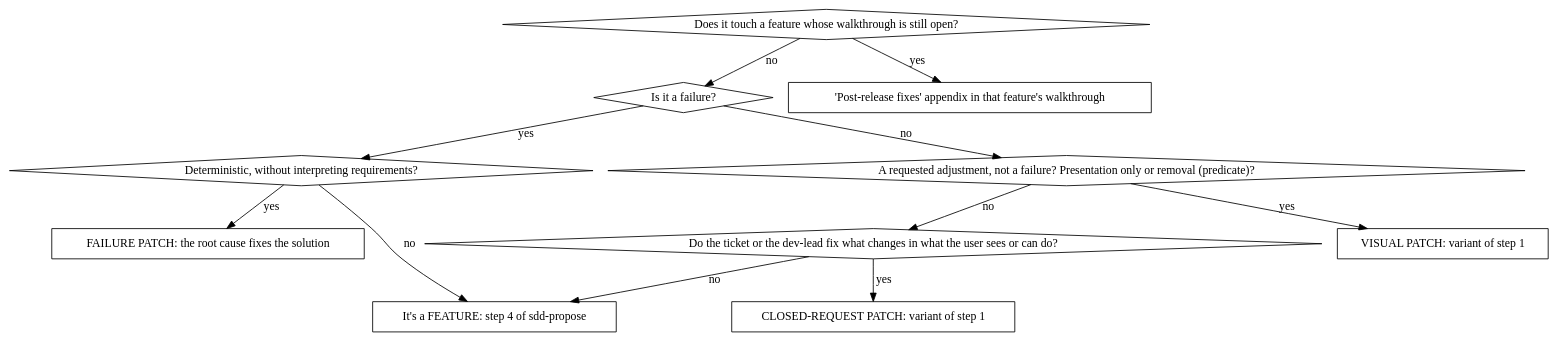
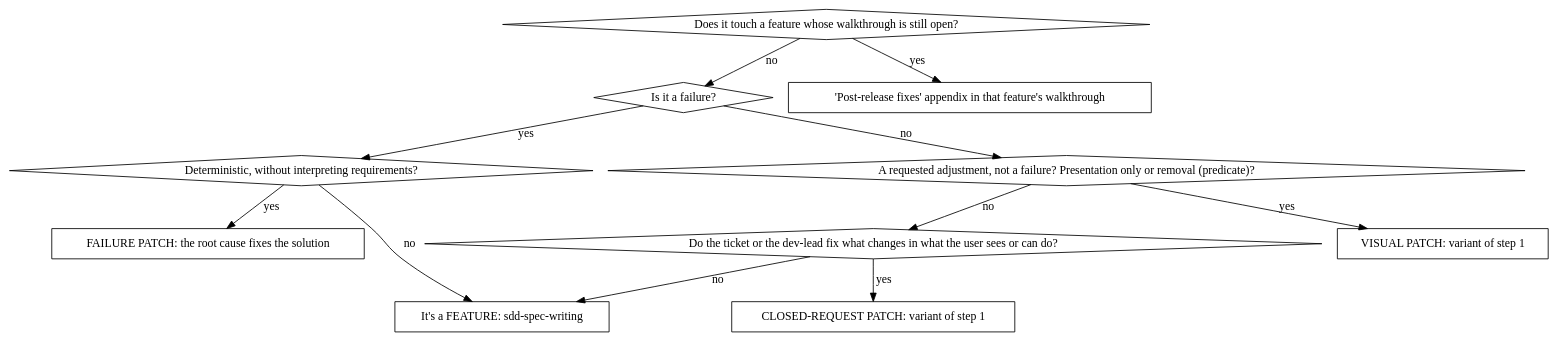
Before and after one commit to pikachumetal/sdd-kit: the diagram in skills/sdd-propose/references/patch-lane.md, drawn with Graphviz. The commit also changed 92 other files, not shown here.

First line of the commit message:
feat(sdd-spec-writing): la spec, en dos skills de fase

````diff
--- a/skills/sdd-propose/references/patch-lane.md
+++ b/skills/sdd-propose/references/patch-lane.md
@@ -3,20 +3,20 @@
 ```dot
 digraph decision {
     wt [label="Does it touch a feature whose walkthrough is still open?" shape=diamond];
     failure [label="Is it a failure?" shape=diamond];
     det [label="Deterministic, without interpreting requirements?" shape=diamond];
     vis [label="A requested adjustment, not a failure? Presentation only or removal (predicate)?" shape=diamond];
     closed [label="Do the ticket or the dev-lead fix what changes in what the user sees or can do?" shape=diamond];
     appendix [label="'Post-release fixes' appendix in that feature's walkthrough" shape=box];
     pfailure [label="FAILURE PATCH: the root cause fixes the solution" shape=box];
     pvis [label="VISUAL PATCH: variant of step 1" shape=box];
     pclosed [label="CLOSED-REQUEST PATCH: variant of step 1" shape=box];
-    feature [label="It's a FEATURE: step 4 of sdd-propose" shape=box];
+    feature [label="It's a FEATURE: sdd-spec-writing" shape=box];
 
     wt -> appendix [label="yes"]; wt -> failure [label="no"];
     failure -> det [label="yes"]; failure -> vis [label="no"];
     det -> pfailure [label="yes"]; det -> feature [label="no"];
     vis -> pvis [label="yes"]; vis -> closed [label="no"];
     closed -> pclosed [label="yes"]; closed -> feature [label="no"];
 }
 ```
````
